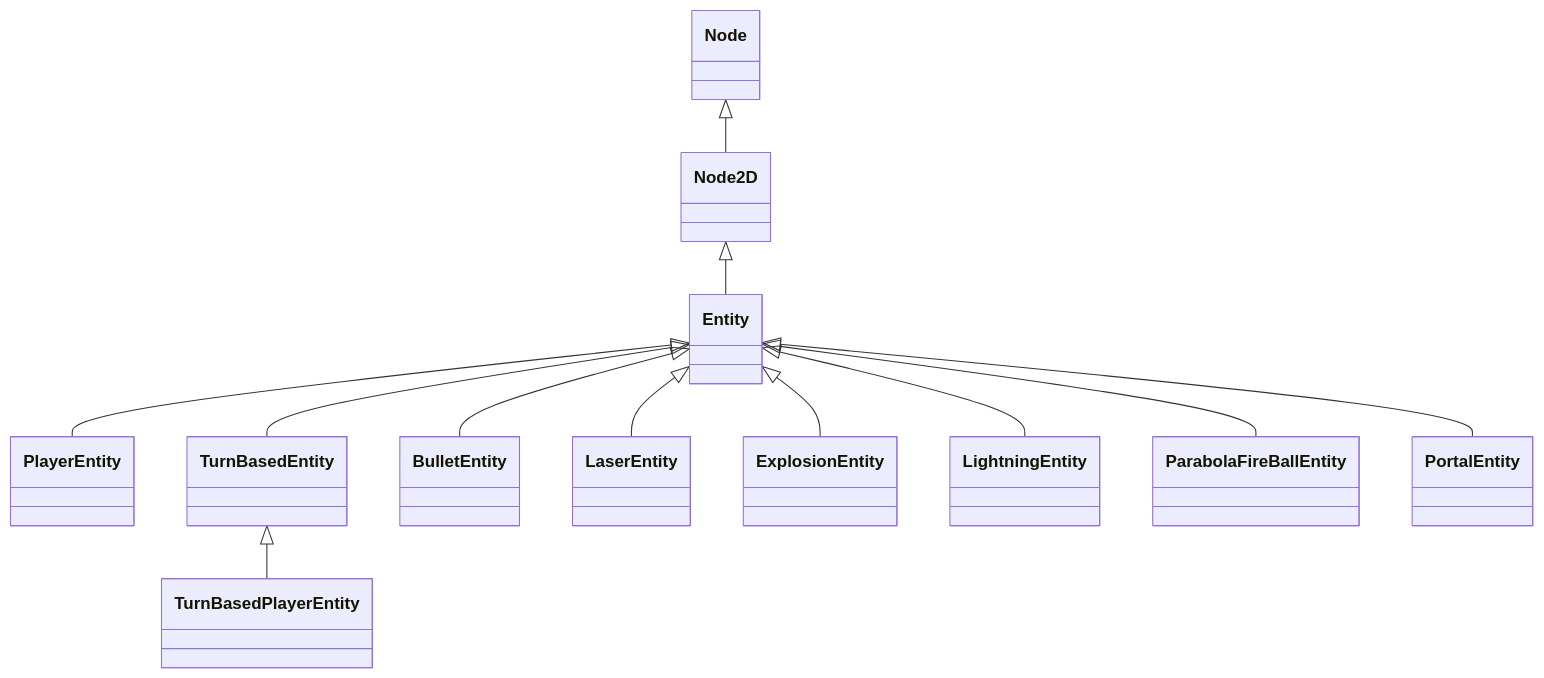
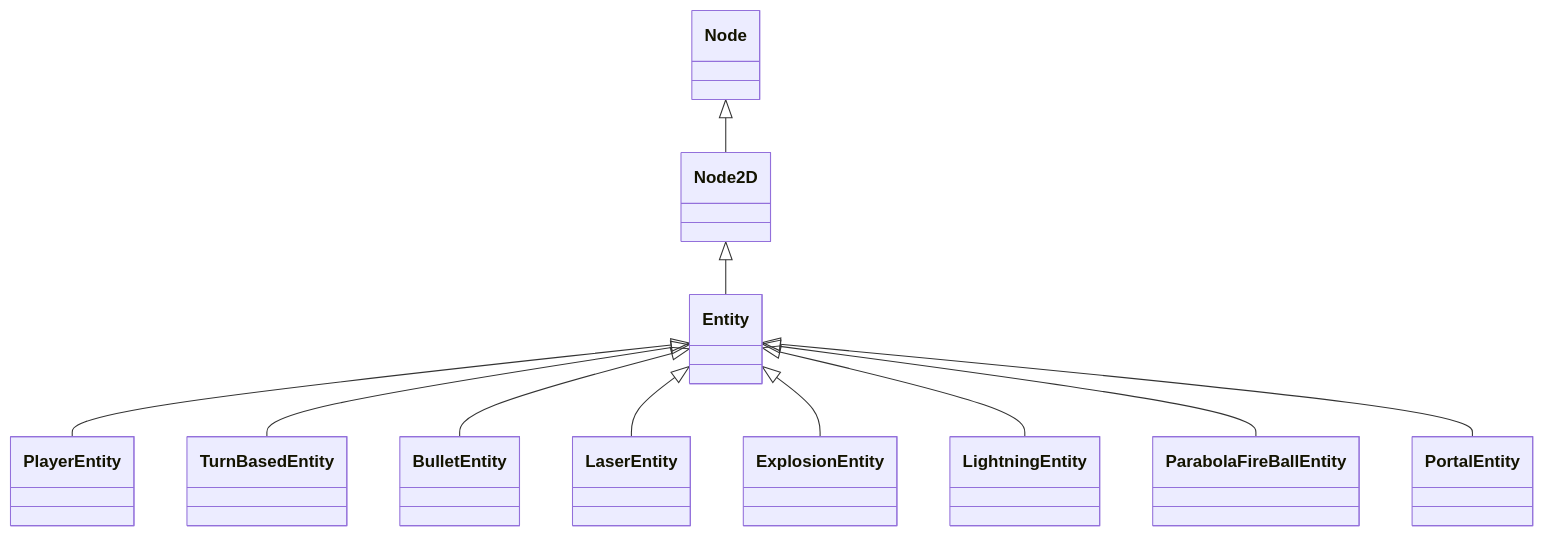
The diagram in Entity-System-Overview.md (haoyiqiang/document), drawn with Mermaid before and after one commit. The commit also changed other lines of this file, not shown here.

````diff
--- a/Entity-System-Overview.md
+++ b/Entity-System-Overview.md
@@ -16,14 +16,13 @@
 ```mermaid
 classDiagram
     Node <|-- Node2D
     Node2D <|-- Entity
     Entity <|-- PlayerEntity
     Entity <|-- TurnBasedEntity
     Entity <|-- BulletEntity
     Entity <|-- LaserEntity
     Entity <|-- ExplosionEntity
     Entity <|-- LightningEntity
     Entity <|-- ParabolaFireBallEntity
     Entity <|-- PortalEntity
-    TurnBasedEntity <|-- TurnBasedPlayerEntity
 ```
````
